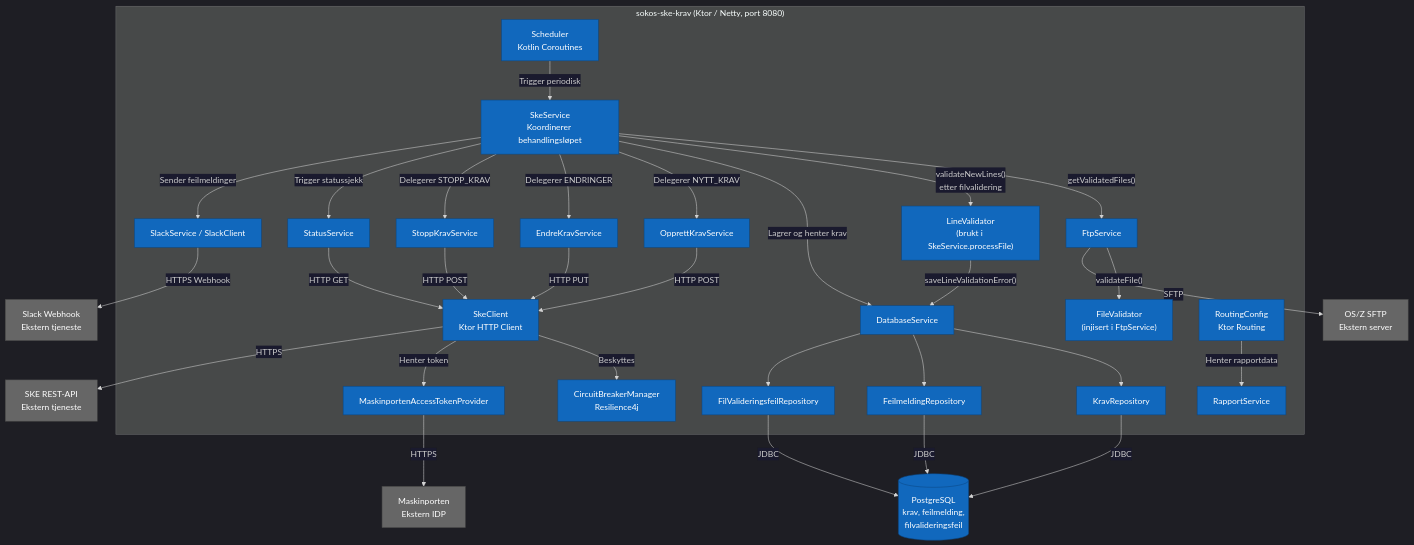
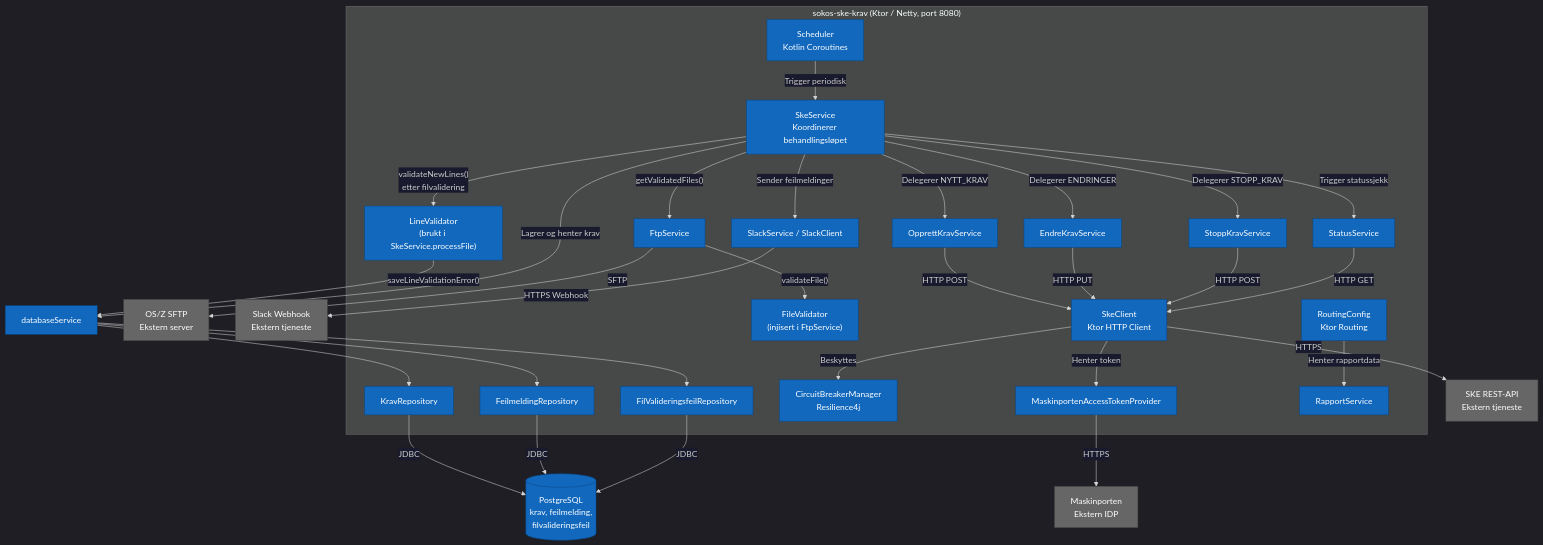
Before and after one commit to navikt/sokos-ske-krav: the second of 2 diagrams in dokumentasjon/arkitektur/Systemarkitektur.md, drawn with Mermaid. The commit also changed 52 other files, not shown here.

````diff
--- a/dokumentasjon/arkitektur/Systemarkitektur.md
+++ b/dokumentasjon/arkitektur/Systemarkitektur.md
@@ -39,76 +39,75 @@
 ```mermaid
 %%{init: {"theme": "dark", "themeVariables": {"edgeLabelBackground": "#1a1a2e", "tertiaryTextColor": "#ffffff"}}}%%
 flowchart TD
     subgraph app["sokos-ske-krav (Ktor / Netty, port 8080)"]
         scheduler["Scheduler\nKotlin Coroutines"]
         skeService["SkeService\nKoordinerer behandlingsløpet"]
         ftpService["FtpService"]
         fileValidator["FileValidator\n(injisert i FtpService)"]
         lineValidator["LineValidator\n(brukt i SkeService.processFile)"]
         opprettKravService["OpprettKravService"]
         endreKravService["EndreKravService"]
         stoppKravService["StoppKravService"]
         statusService["StatusService"]
-        databaseService["DatabaseService"]
         kravRepository["KravRepository"]
         feilmeldingRepo["FeilmeldingRepository"]
         filvalRepo["FilValideringsfeilRepository"]
         skeClient["SkeClient\nKtor HTTP Client"]
         circuitBreaker["CircuitBreakerManager\nResilience4j"]
         maskinportenComp["MaskinportenAccessTokenProvider"]
         slackClient["SlackService / SlackClient"]
         rapportService["RapportService"]
         routing["RoutingConfig\nKtor Routing"]
     end
 
     postgres[("PostgreSQL\nkrav, feilmelding,\nfilvalideringsfeil")]
     sftp["OS/Z SFTP\nEkstern server"]
     skeApi["SKE REST-API\nEkstern tjeneste"]
     maskinportenExt["Maskinporten\nEkstern IDP"]
     slackExt["Slack Webhook\nEkstern tjeneste"]
 
     scheduler -->|"Trigger periodisk"| skeService
     routing -->|"Henter rapportdata"| rapportService
 
     skeService -->|"getValidatedFiles()"| ftpService
     ftpService -->|"validateFile()"| fileValidator
     ftpService -->|"SFTP"| sftp
 
     skeService -->|"validateNewLines()\netter filvalidering"| lineValidator
     lineValidator -->|"saveLineValidationError()"| databaseService
 
     skeService -->|"Lagrer og henter krav"| databaseService
     skeService -->|"Delegerer NYTT_KRAV"| opprettKravService
     skeService -->|"Delegerer ENDRINGER"| endreKravService
     skeService -->|"Delegerer STOPP_KRAV"| stoppKravService
     skeService -->|"Trigger statussjekk"| statusService
     skeService -->|"Sender feilmeldinger"| slackClient
 
 
     opprettKravService -->|"HTTP POST"| skeClient
     endreKravService -->|"HTTP PUT"| skeClient
     stoppKravService -->|"HTTP POST"| skeClient
     statusService -->|"HTTP GET"| skeClient
 
     skeClient -->|"Beskyttes"| circuitBreaker
     skeClient -->|"Henter token"| maskinportenComp
     skeClient -->|"HTTPS"| skeApi
     maskinportenComp -->|"HTTPS"| maskinportenExt
 
     databaseService --> kravRepository
     databaseService --> feilmeldingRepo
     databaseService --> filvalRepo
     kravRepository -->|"JDBC"| postgres
     feilmeldingRepo -->|"JDBC"| postgres
     filvalRepo -->|"JDBC"| postgres
 
     slackClient -->|"HTTPS Webhook"| slackExt
 
     classDef internal fill:#1168bd,stroke:#0b4884,color:#ffffff
     classDef external fill:#666,stroke:#444,color:#ffffff
     classDef db fill:#1168bd,stroke:#0b4884,color:#ffffff
 
     class scheduler,skeService,ftpService,fileValidator,lineValidator,opprettKravService,endreKravService,stoppKravService,statusService,databaseService,kravRepository,feilmeldingRepo,filvalRepo,skeClient,circuitBreaker,maskinportenComp,slackClient,rapportService,routing internal
     class sftp,skeApi,maskinportenExt,slackExt external
     class postgres db
 ```
````
